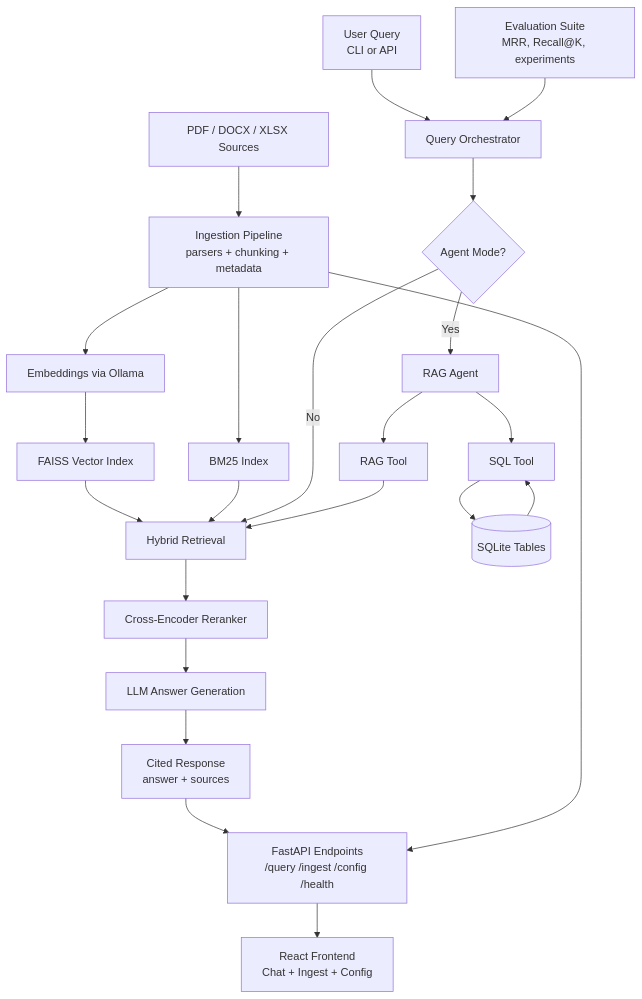
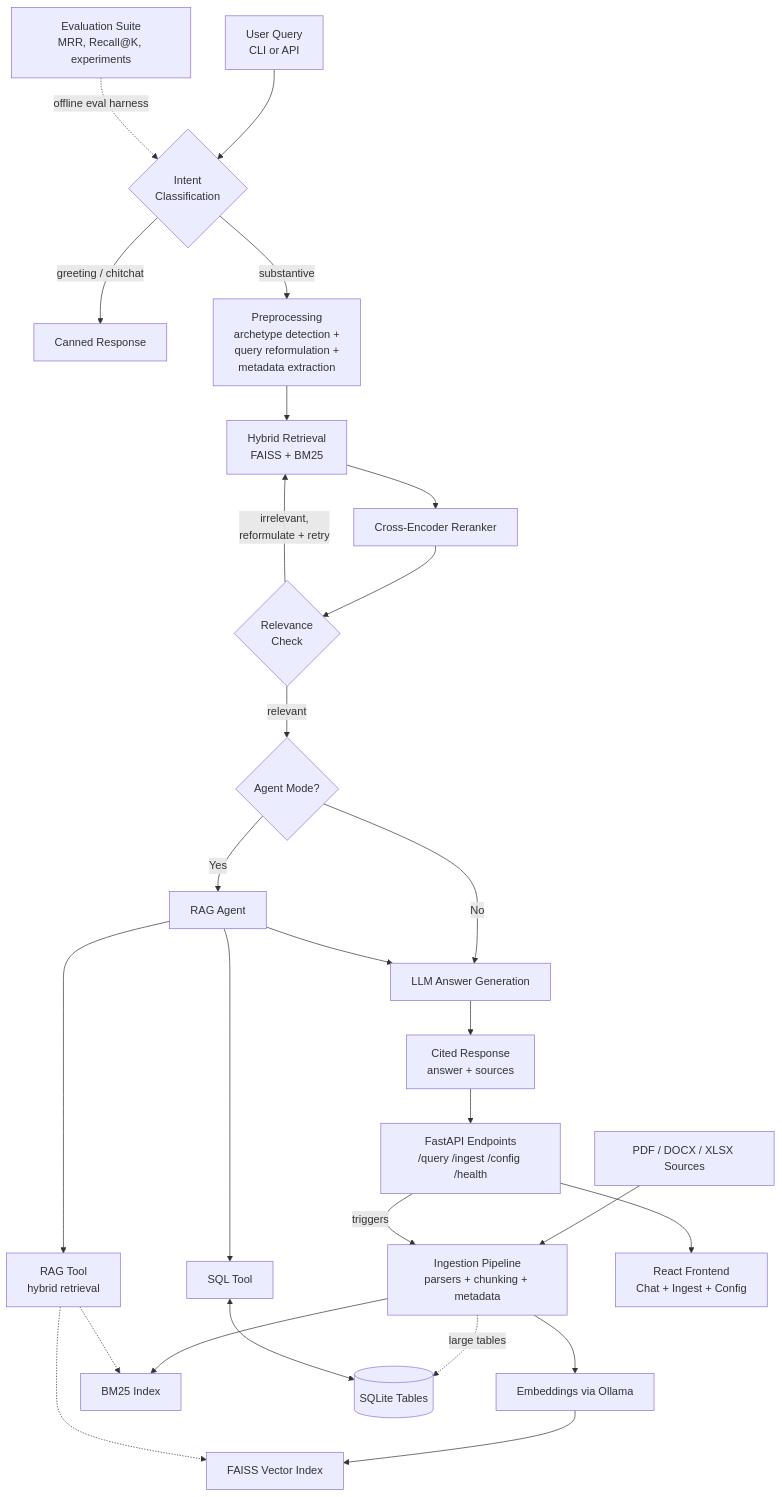
One commit to dpudzha/rag_science changed the diagram in README.md. Above: the diagram before and after it, drawn with Mermaid. The commit also changed 5 other files, not shown here.

````diff
--- a/README.md
+++ b/README.md
@@ -23,30 +23,37 @@
 ```mermaid
 flowchart TD
     A[PDF / DOCX / XLSX Sources] --> B[Ingestion Pipeline<br/>parsers + chunking + metadata]
     B --> C[Embeddings via Ollama]
     B --> D[BM25 Index]
     C --> E[FAISS Vector Index]
+    B -.->|large tables| DB[(SQLite Tables)]
 
-    U[User Query<br/>CLI or API] --> Q[Query Orchestrator]
-    E --> R[Hybrid Retrieval]
-    D --> R
+    U[User Query<br/>CLI or API] --> IC{Intent<br/>Classification}
+
+    IC -- greeting / chitchat --> CR[Canned Response]
+    IC -- substantive --> PP[Preprocessing<br/>archetype detection +<br/>query reformulation +<br/>metadata extraction]
+
+    PP --> R[Hybrid Retrieval<br/>FAISS + BM25]
     R --> X[Cross-Encoder Reranker]
-    X --> L[LLM Answer Generation]
+    X --> REL{Relevance<br/>Check}
+    REL -- irrelevant,<br/>reformulate + retry --> R
+    REL -- relevant --> AG{Agent Mode?}
+
+    AG -- No --> L[LLM Answer Generation]
+    AG -- Yes --> T[RAG Agent]
+    T --> TR[RAG Tool<br/>hybrid retrieval]
+    T --> TS[SQL Tool]
+    TR -.-> E
+    TR -.-> D
+    TS <--> DB
+    T --> L
+
     L --> S[Cited Response<br/>answer + sources]
 
-    Q --> G{Agent Mode?}
-    G -- No --> R
-    G -- Yes --> T[RAG Agent]
-    T --> TR[RAG Tool]
-    T --> TS[SQL Tool]
-    TS --> DB[(SQLite Tables)]
-    TR --> R
-    DB --> TS
-
     S --> API[FastAPI Endpoints<br/>/query /ingest /config /health]
-    B --> API
-
     API --> FE[React Frontend<br/>Chat + Ingest + Config]
 
-    EVAL[Evaluation Suite<br/>MRR, Recall@K, experiments] --> Q
+    EVAL[Evaluation Suite<br/>MRR, Recall@K, experiments] -.->|offline eval harness| IC
+
+    API -->|triggers| B
 ```
````
